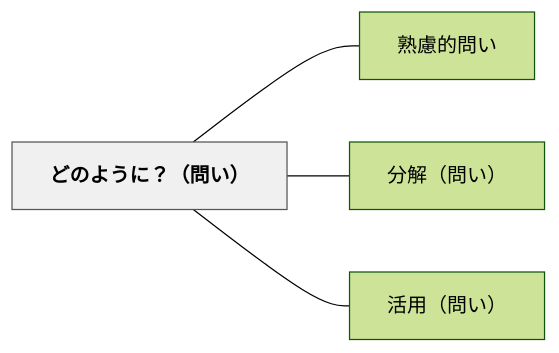
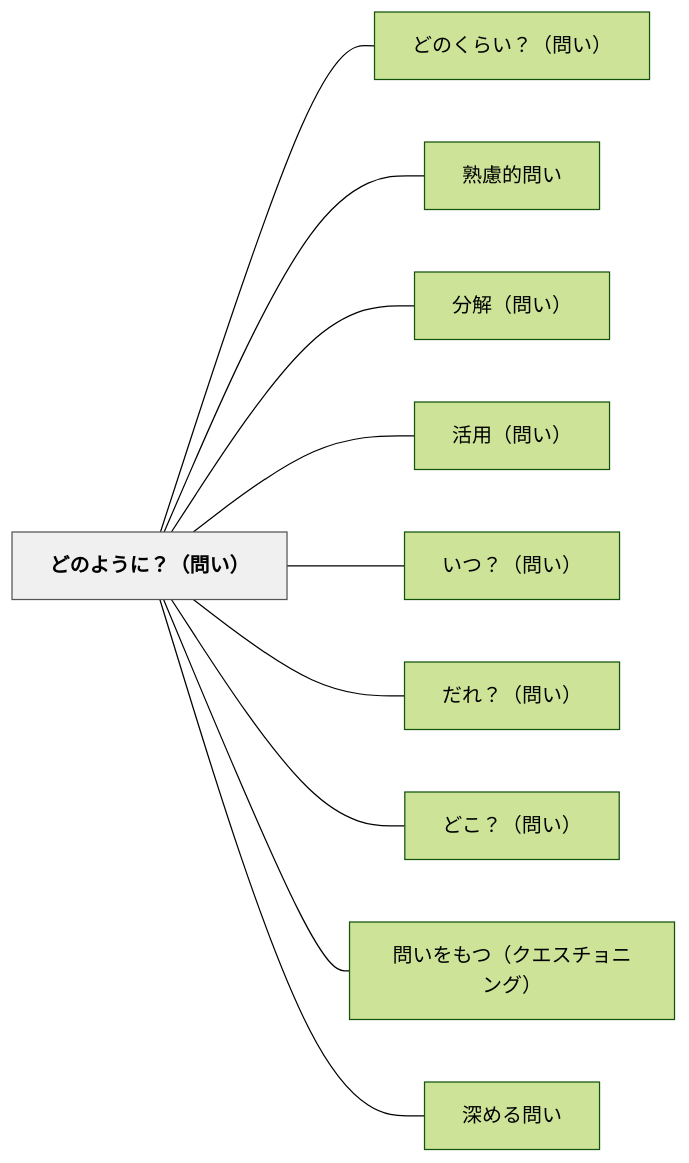
Before and after one commit to unknownthings-ed-patterns/unknownthings-ed-patterns: the diagram in content/パタン/どのように？（問い）.md, drawn with Mermaid (forest theme). The commit also changed other lines of this file and 36 other files, not shown here.

````diff
--- a/content/パタン/どのように？（問い）.md
+++ b/content/パタン/どのように？（問い）.md
@@ -37,14 +43,26 @@
 ```mermaid
 flowchart LR
     ne381a9e381aee38288e38186e381abefbc9fefbc88e5958fe38184efbc89["どのように？（問い）"]
+    ne381a9e381aee3818fe38289e38184efbc9fefbc88e5958fe38184efbc89["どのくらい？（問い）"]
     ne7869fe685aee79a84e5958fe38184["熟慮的問い"]
     ne58886e8a7a3efbc88e5958fe38184efbc89["分解（問い）"]
     ne6b4bbe794a8efbc88e5958fe38184efbc89["活用（問い）"]
+    ne38184e381a4efbc9fefbc88e5958fe38184efbc89["いつ？（問い）"]
+    ne381a0e3828cefbc9fefbc88e5958fe38184efbc89["だれ？（問い）"]
+    ne381a9e38193efbc9fefbc88e5958fe38184efbc89["どこ？（問い）"]
+    ne5958fe38184e38292e38282e381a4efbc88e382afe382a8e382b9e38381e383a7e3838be383b3e382b0efbc89["問いをもつ（クエスチョニング）"]
+    ne6b7b1e38281e3828be5958fe38184["深める問い"]
 
+    ne381a9e381aee38288e38186e381abefbc9fefbc88e5958fe38184efbc89 --- ne381a9e381aee3818fe38289e38184efbc9fefbc88e5958fe38184efbc89
     ne381a9e381aee38288e38186e381abefbc9fefbc88e5958fe38184efbc89 --- ne7869fe685aee79a84e5958fe38184
     ne381a9e381aee38288e38186e381abefbc9fefbc88e5958fe38184efbc89 --- ne58886e8a7a3efbc88e5958fe38184efbc89
     ne381a9e381aee38288e38186e381abefbc9fefbc88e5958fe38184efbc89 --- ne6b4bbe794a8efbc88e5958fe38184efbc89
+    ne381a9e381aee38288e38186e381abefbc9fefbc88e5958fe38184efbc89 --- ne38184e381a4efbc9fefbc88e5958fe38184efbc89
+    ne381a9e381aee38288e38186e381abefbc9fefbc88e5958fe38184efbc89 --- ne381a0e3828cefbc9fefbc88e5958fe38184efbc89
+    ne381a9e381aee38288e38186e381abefbc9fefbc88e5958fe38184efbc89 --- ne381a9e38193efbc9fefbc88e5958fe38184efbc89
+    ne381a9e381aee38288e38186e381abefbc9fefbc88e5958fe38184efbc89 --- ne5958fe38184e38292e38282e381a4efbc88e382afe382a8e382b9e38381e383a7e3838be383b3e382b0efbc89
+    ne381a9e381aee38288e38186e381abefbc9fefbc88e5958fe38184efbc89 --- ne6b7b1e38281e3828be5958fe38184
 
     classDef hub fill:#f0f0f0,stroke:#555,color:#000,font-weight:bold
     class ne381a9e381aee38288e38186e381abefbc9fefbc88e5958fe38184efbc89 hub
 ```
````
